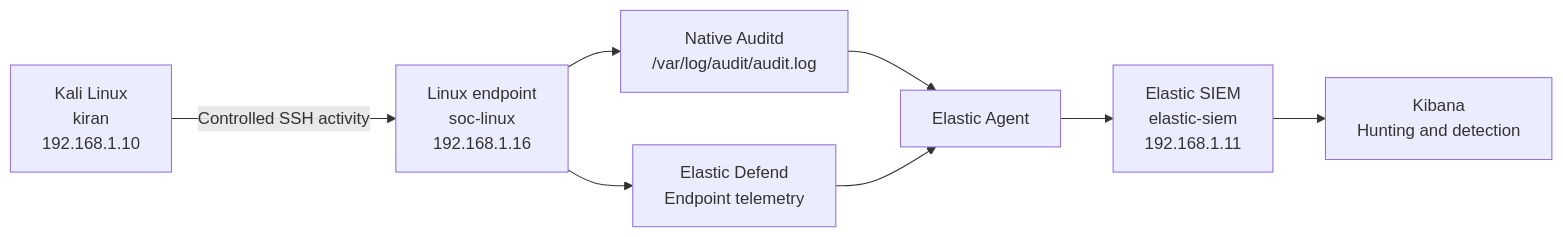
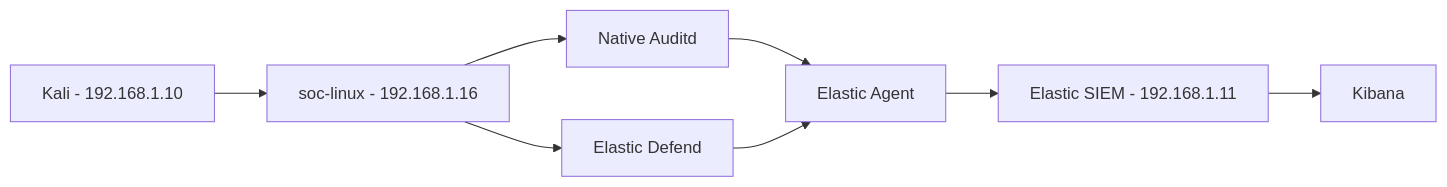
The second of 10 diagrams in 02-scenario/README.md (KdMenon007/CatchMe-SOC-Project-01), drawn with Mermaid before and after one commit. The commit also changed other lines of this file, not shown here.

````diff
--- a/02-scenario/README.md
+++ b/02-scenario/README.md
@@ -164,10 +164,10 @@
 ```mermaid
 flowchart LR
-    K["Kali Linux<br/>kiran<br/>192.168.1.10"] -->|Controlled SSH activity| L["Linux endpoint<br/>soc-linux<br/>192.168.1.16"]
-    L --> A["Native Auditd<br/>/var/log/audit/audit.log"]
-    L --> D["Elastic Defend<br/>Endpoint telemetry"]
-    A --> EA["Elastic Agent"]
+    K[Kali - 192.168.1.10] --> L[soc-linux - 192.168.1.16]
+    L --> A[Native Auditd]
+    L --> D[Elastic Defend]
+    A --> EA[Elastic Agent]
     D --> EA
-    EA --> E["Elastic SIEM<br/>elastic-siem<br/>192.168.1.11"]
-    E --> H["Kibana<br/>Hunting and detection"]
+    EA --> E[Elastic SIEM - 192.168.1.11]
+    E --> H[Kibana]
 ```
````
